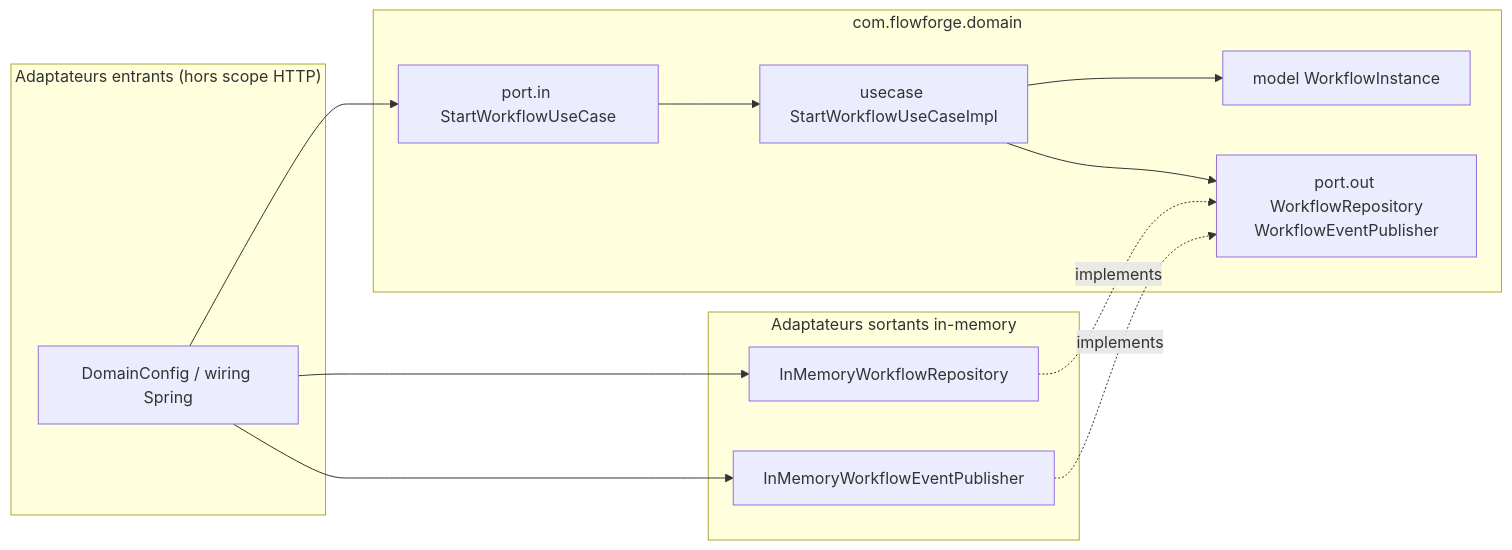
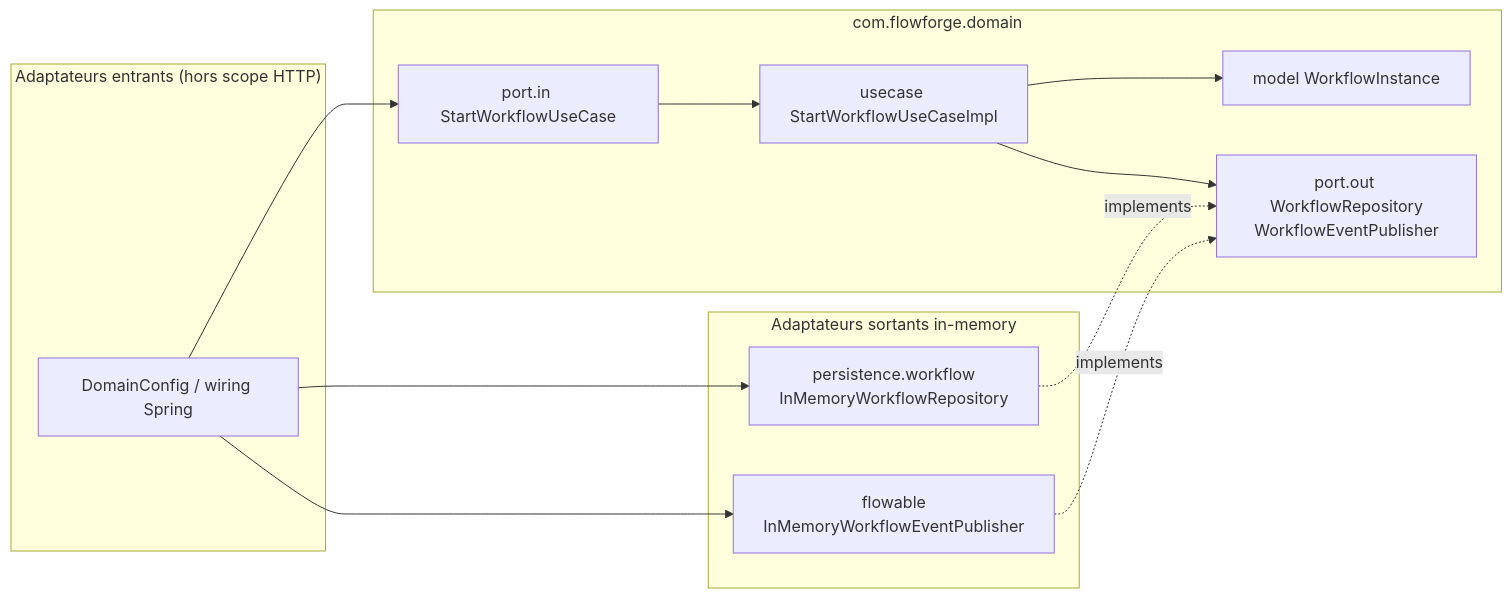
Before and after one commit to superjojo79/Myrmacta: the diagram in docs/ai/design/2026-07-31-feature-architecture-hexagonale.md, drawn with Mermaid. The commit also changed other lines of this file and 1 other file, not shown here.

First line of the commit message:
docs(requirements): revue phase 2 architecture-hexagonale

````diff
--- a/docs/ai/design/2026-07-31-feature-architecture-hexagonale.md
+++ b/docs/ai/design/2026-07-31-feature-architecture-hexagonale.md
@@ -15,27 +15,27 @@
 ```mermaid
 flowchart LR
   subgraph incoming["Adaptateurs entrants (hors scope HTTP)"]
     DC[DomainConfig / wiring Spring]
   end
 
   subgraph domain["com.flowforge.domain"]
     PIN[port.in StartWorkflowUseCase]
     UC[usecase StartWorkflowUseCaseImpl]
     MODEL[model WorkflowInstance]
     POUT[port.out WorkflowRepository<br/>WorkflowEventPublisher]
   end
 
   subgraph outgoing["Adaptateurs sortants in-memory"]
-    REPO[InMemoryWorkflowRepository]
-    PUB[InMemoryWorkflowEventPublisher]
+    REPO[persistence.workflow<br/>InMemoryWorkflowRepository]
+    PUB[flowable<br/>InMemoryWorkflowEventPublisher]
   end
 
   DC --> PIN
   DC --> REPO
   DC --> PUB
   PIN --> UC
   UC --> MODEL
   UC --> POUT
   REPO -.->|implements| POUT
   PUB -.->|implements| POUT
 ```
````
